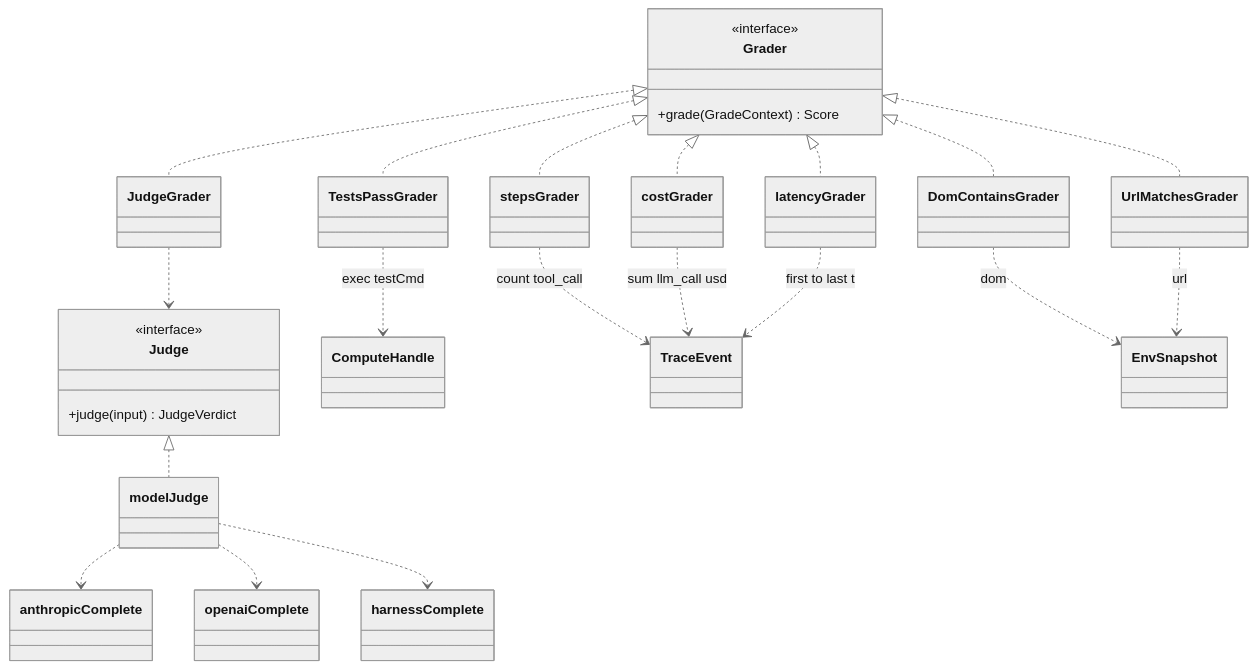
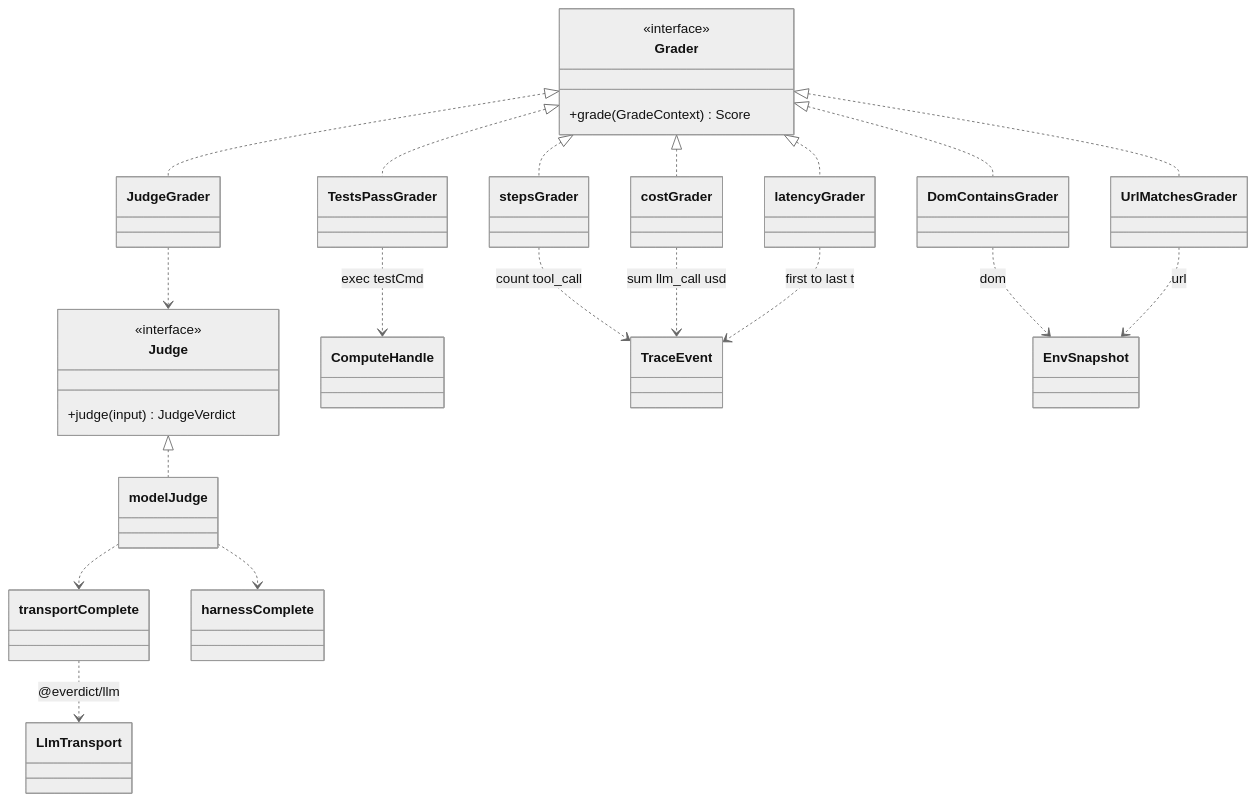
The ninth of 24 diagrams in docs/architecture/collaboration.md (everdict/everdict), drawn with Mermaid (neutral theme) before and after one commit. The commit also changed other lines of this file and 179 other files, not shown here.

````diff
--- a/docs/architecture/collaboration.md
+++ b/docs/architecture/collaboration.md
@@ -466,29 +503,29 @@
 ```mermaid
 classDiagram
   class Grader {
     <<interface>>
     +grade(GradeContext) Score
   }
   class Judge {
     <<interface>>
     +judge(input) JudgeVerdict
   }
   Grader <|.. TestsPassGrader
   Grader <|.. stepsGrader
   Grader <|.. costGrader
   Grader <|.. latencyGrader
   Grader <|.. DomContainsGrader
   Grader <|.. UrlMatchesGrader
   Grader <|.. JudgeGrader
   TestsPassGrader ..> ComputeHandle : exec testCmd
   stepsGrader ..> TraceEvent : count tool_call
   costGrader ..> TraceEvent : sum llm_call usd
   latencyGrader ..> TraceEvent : first to last t
   DomContainsGrader ..> EnvSnapshot : dom
   UrlMatchesGrader ..> EnvSnapshot : url
   JudgeGrader ..> Judge
   Judge <|.. modelJudge
-  modelJudge ..> anthropicComplete
-  modelJudge ..> openaiComplete
+  modelJudge ..> transportComplete
   modelJudge ..> harnessComplete
+  transportComplete ..> LlmTransport : @everdict/llm
 ```
````
